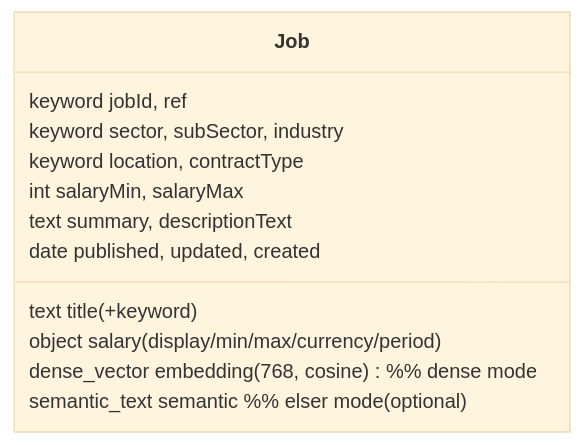
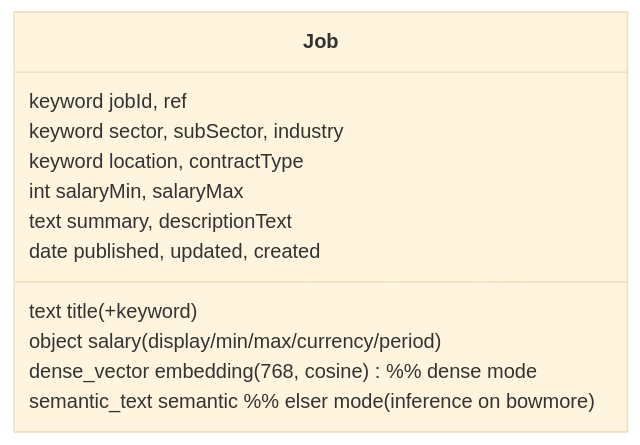
Before and after one commit to benoitquette/conversational-job-search-poc: the fourth of 9 diagrams in ARCHITECTURE.md, drawn with Mermaid (base theme). The commit also changed other lines of this file and 3 other files, not shown here.

First line of the commit message:
docs: update for 2-node cluster, ELSER on bowmore, and recommendations

````diff
--- a/ARCHITECTURE.md
+++ b/ARCHITECTURE.md
@@ -79,15 +78,15 @@
 ```mermaid
 classDiagram
   class Job {
     keyword jobId, ref
     text title (+keyword)
     keyword sector, subSector, industry
     keyword location, contractType
     int salaryMin, salaryMax
     object salary (display/min/max/currency/period)
     text summary, descriptionText
     date published, updated, created
     dense_vector embedding (768, cosine)   %% dense mode
-    semantic_text semantic                 %% elser mode (optional)
+    semantic_text semantic                 %% elser mode (inference on bowmore)
   }
 ```
````
